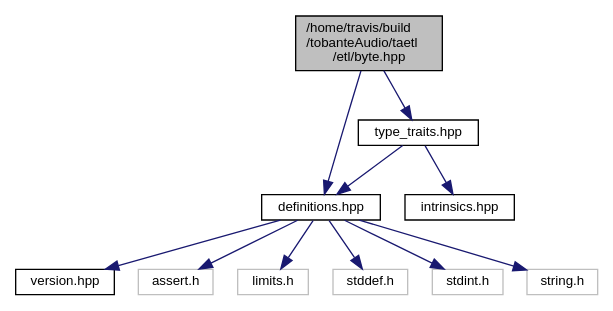
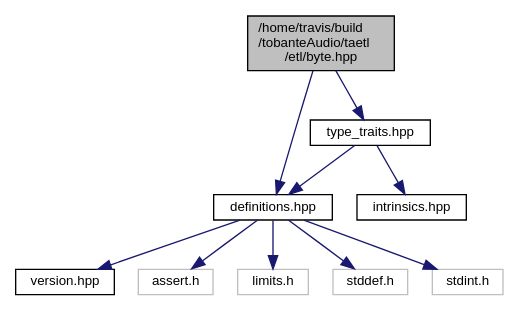
The diagram in byte_8hpp__incl.dot (tobanteAudio/taetl), drawn with Graphviz before and after one commit. The commit also changed 128 other files, not shown here.

```diff
--- a/byte_8hpp__incl.dot
+++ b/byte_8hpp__incl.dot
@@ -1,25 +1,23 @@
 digraph "/home/travis/build/tobanteAudio/taetl/etl/byte.hpp"
 {
   edge [fontname="Helvetica",fontsize="10",labelfontname="Helvetica",labelfontsize="10"];
   node [fontname="Helvetica",fontsize="10",shape=record];
   Node0 [label="/home/travis/build\l/tobanteAudio/taetl\l/etl/byte.hpp",height=0.2,width=0.4,color="black", fillcolor="grey75", style="filled", fontcolor="black"];
   Node0 -> Node1 [color="midnightblue",fontsize="10",style="solid",fontname="Helvetica"];
   Node1 [label="definitions.hpp",height=0.2,width=0.4,color="black", fillcolor="white", style="filled",URL="$definitions_8hpp.html"];
   Node1 -> Node2 [color="midnightblue",fontsize="10",style="solid",fontname="Helvetica"];
   Node2 [label="version.hpp",height=0.2,width=0.4,color="black", fillcolor="white", style="filled",URL="$version_8hpp.html"];
   Node1 -> Node3 [color="midnightblue",fontsize="10",style="solid",fontname="Helvetica"];
   Node3 [label="assert.h",height=0.2,width=0.4,color="grey75", fillcolor="white", style="filled"];
   Node1 -> Node4 [color="midnightblue",fontsize="10",style="solid",fontname="Helvetica"];
   Node4 [label="limits.h",height=0.2,width=0.4,color="grey75", fillcolor="white", style="filled"];
   Node1 -> Node5 [color="midnightblue",fontsize="10",style="solid",fontname="Helvetica"];
   Node5 [label="stddef.h",height=0.2,width=0.4,color="grey75", fillcolor="white", style="filled"];
   Node1 -> Node6 [color="midnightblue",fontsize="10",style="solid",fontname="Helvetica"];
   Node6 [label="stdint.h",height=0.2,width=0.4,color="grey75", fillcolor="white", style="filled"];
-  Node1 -> Node7 [color="midnightblue",fontsize="10",style="solid",fontname="Helvetica"];
-  Node7 [label="string.h",height=0.2,width=0.4,color="grey75", fillcolor="white", style="filled"];
-  Node0 -> Node8 [color="midnightblue",fontsize="10",style="solid",fontname="Helvetica"];
-  Node8 [label="type_traits.hpp",height=0.2,width=0.4,color="black", fillcolor="white", style="filled",URL="$type__traits_8hpp.html"];
-  Node8 -> Node1 [color="midnightblue",fontsize="10",style="solid",fontname="Helvetica"];
-  Node8 -> Node9 [color="midnightblue",fontsize="10",style="solid",fontname="Helvetica"];
-  Node9 [label="intrinsics.hpp",height=0.2,width=0.4,color="black", fillcolor="white", style="filled",URL="$intrinsics_8hpp.html"];
+  Node0 -> Node7 [color="midnightblue",fontsize="10",style="solid",fontname="Helvetica"];
+  Node7 [label="type_traits.hpp",height=0.2,width=0.4,color="black", fillcolor="white", style="filled",URL="$type__traits_8hpp.html"];
+  Node7 -> Node1 [color="midnightblue",fontsize="10",style="solid",fontname="Helvetica"];
+  Node7 -> Node8 [color="midnightblue",fontsize="10",style="solid",fontname="Helvetica"];
+  Node8 [label="intrinsics.hpp",height=0.2,width=0.4,color="black", fillcolor="white", style="filled",URL="$intrinsics_8hpp.html"];
 }
```
